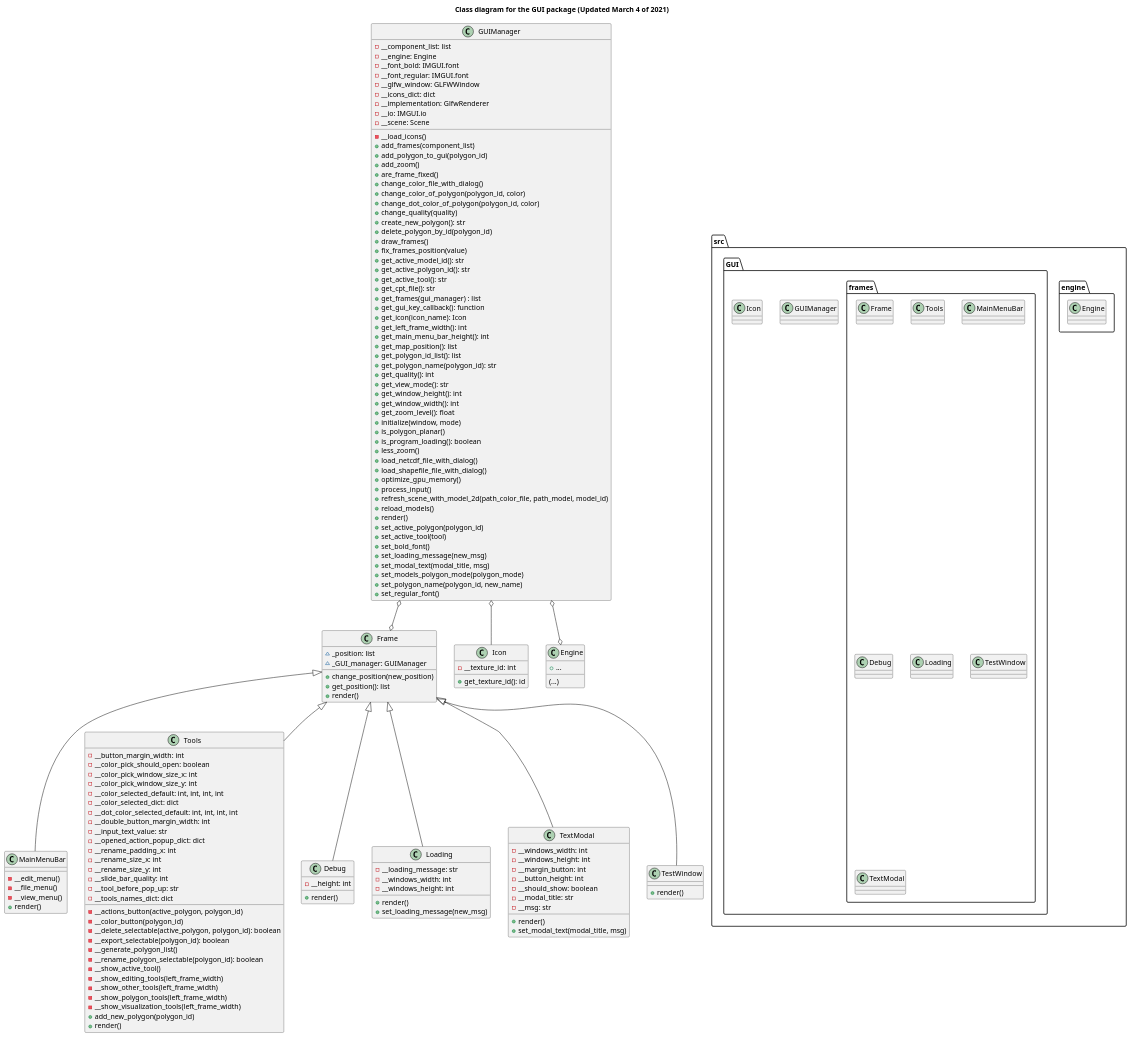
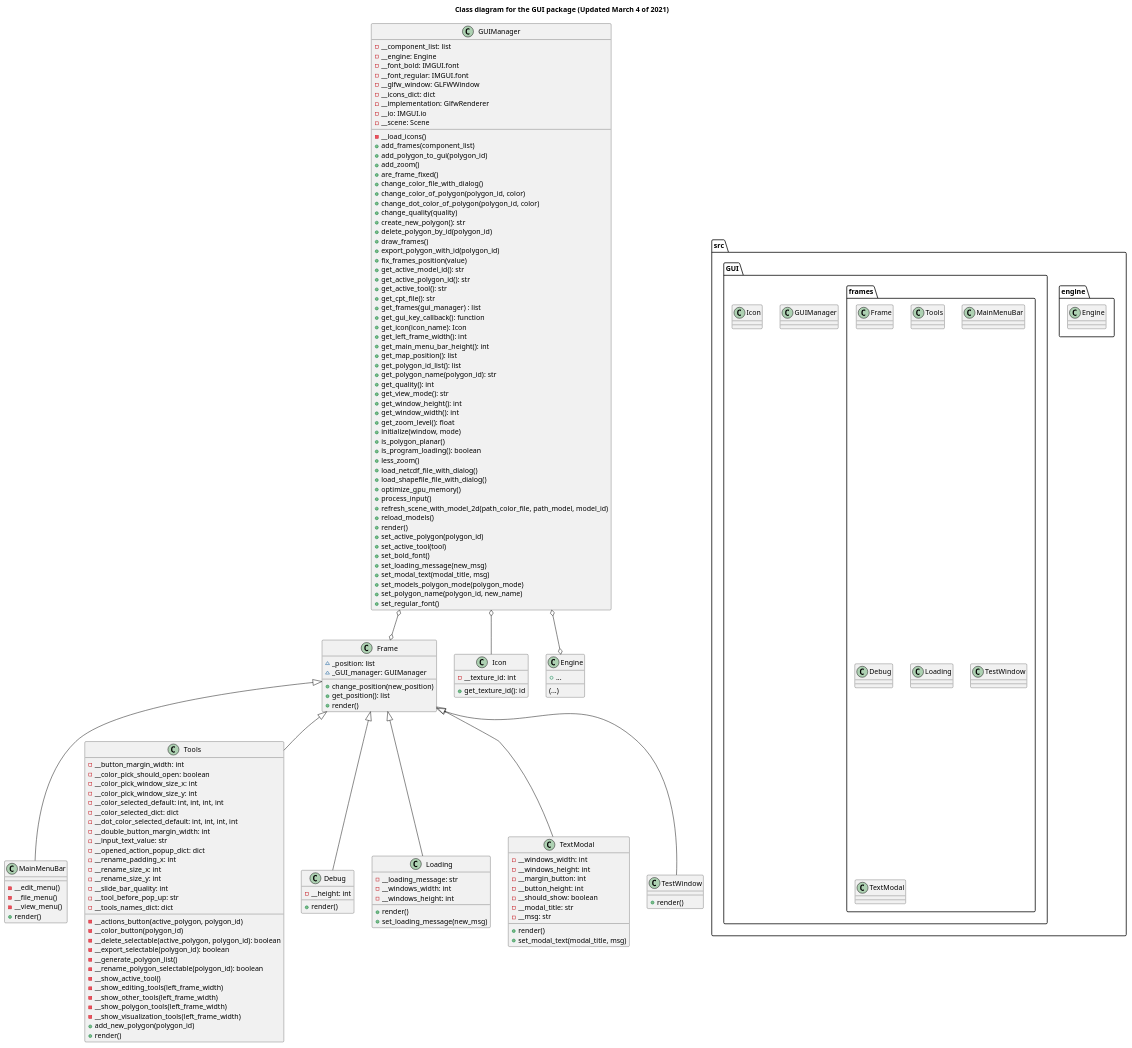
Before and after one commit to ferpoble2/Relief_Creator: the diagram in docs/gui_package.puml, drawn with PlantUML. The commit also changed 1 other file, not shown here.

Commit message:
Added method export_polygon_with_id to guimanager.py

```diff
--- a/docs/gui_package.puml
+++ b/docs/gui_package.puml
@@ -1,194 +1,195 @@
 @startuml
 'https://plantuml.com/class-diagram
 
 title Class diagram for the GUI package (Updated March 4 of 2021)
 
 package src {
 
     package engine {
         class Engine
     }
 
     package GUI{
         class GUIManager
         class Icon
 
         package frames {
             class Frame
             class Tools
             class MainMenuBar
             class Debug
             class Loading
             class TestWindow
             class TextModal
         }
     }
 }
 
 class GUIManager{
     - __component_list: list
     - __engine: Engine
     - __font_bold: IMGUI.font
     - __font_regular: IMGUI.font
     - __glfw_window: GLFWWindow
     - __icons_dict: dict
     - __implementation: GlfwRenderer
     - __io: IMGUI.io
     - __scene: Scene
 
     - __load_icons()
     + add_frames(component_list)
     + add_polygon_to_gui(polygon_id)
     + add_zoom()
     + are_frame_fixed()
     + change_color_file_with_dialog()
     + change_color_of_polygon(polygon_id, color)
     + change_dot_color_of_polygon(polygon_id, color)
     + change_quality(quality)
     + create_new_polygon(): str
     + delete_polygon_by_id(polygon_id)
     + draw_frames()
+    + export_polygon_with_id(polygon_id)
     + fix_frames_position(value)
     + get_active_model_id(): str
     + get_active_polygon_id(): str
     + get_active_tool(): str
     + get_cpt_file(): str
     + get_frames(gui_manager) : list
     + get_gui_key_callback(): function
     + get_icon(icon_name): Icon
     + get_left_frame_width(): int
     + get_main_menu_bar_height(): int
     + get_map_position(): list
     + get_polygon_id_list(): list
     + get_polygon_name(polygon_id): str
     + get_quality(): int
     + get_view_mode(): str
     + get_window_height(): int
     + get_window_width(): int
     + get_zoom_level(): float
     + initialize(window, mode)
     + is_polygon_planar()
     + is_program_loading(): boolean
     + less_zoom()
     + load_netcdf_file_with_dialog()
     + load_shapefile_file_with_dialog()
     + optimize_gpu_memory()
     + process_input()
     + refresh_scene_with_model_2d(path_color_file, path_model, model_id)
     + reload_models()
     + render()
     + set_active_polygon(polygon_id)
     + set_active_tool(tool)
     + set_bold_font()
     + set_loading_message(new_msg)
     + set_modal_text(modal_title, msg)
     + set_models_polygon_mode(polygon_mode)
     + set_polygon_name(polygon_id, new_name)
     + set_regular_font()
 }
 
 class Icon{
 
     - __texture_id: int
 
     + get_texture_id(): id
 }
 
 
 class Frame {
     ~ _position: list
     ~ _GUI_manager: GUIManager
 
     + change_position(new_position)
     + get_position(): list
     + render()
 }
 
 class MainMenuBar {
     - __edit_menu()
     - __file_menu()
     - __view_menu()
     + render()
 }
 
 class Tools {
     - __button_margin_width: int
     - __color_pick_should_open: boolean
     - __color_pick_window_size_x: int
     - __color_pick_window_size_y: int
     - __color_selected_default: int, int, int, int
     - __color_selected_dict: dict
     - __dot_color_selected_default: int, int, int, int
     - __double_button_margin_width: int
     - __input_text_value: str
     - __opened_action_popup_dict: dict
     - __rename_padding_x: int
     - __rename_size_x: int
     - __rename_size_y: int
     - __slide_bar_quality: int
     - __tool_before_pop_up: str
     - __tools_names_dict: dict
 
 
     - __actions_button(active_polygon, polygon_id)
     - __color_button(polygon_id)
     - __delete_selectable(active_polygon, polygon_id): boolean
     - __export_selectable(polygon_id): boolean
     - __generate_polygon_list()
     - __rename_polygon_selectable(polygon_id): boolean
     - __show_active_tool()
     - __show_editing_tools(left_frame_width)
     - __show_other_tools(left_frame_width)
     - __show_polygon_tools(left_frame_width)
     - __show_visualization_tools(left_frame_width)
     + add_new_polygon(polygon_id)
     + render()
 }
 
 class Debug {
     - __height: int
     + render()
 }
 
 class Loading {
     - __loading_message: str
     - __windows_width: int
     - __windows_height: int
     + render()
     + set_loading_message(new_msg)
 }
 
 class TextModal {
     - __windows_width: int
     - __windows_height: int
     - __margin_button: int
     - __button_height: int
     - __should_show: boolean
     - __modal_title: str
     - __msg: str
 
     + render()
     + set_modal_text(modal_title, msg)
 }
 
 class TestWindow {
     + render()
 }
 
 class Engine {
     + ...
     (...)
 }
 
 Debug -u-|> Frame
 Loading -u-|> Frame
 MainMenuBar -u-|> Frame
 TestWindow -u-|> Frame
 TextModal -u-|> Frame
 Tools -u-|> Frame
 
 GUIManager o-- Icon
 GUIManager o--o Frame
 GUIManager o--o Engine
 
 @enduml
```
